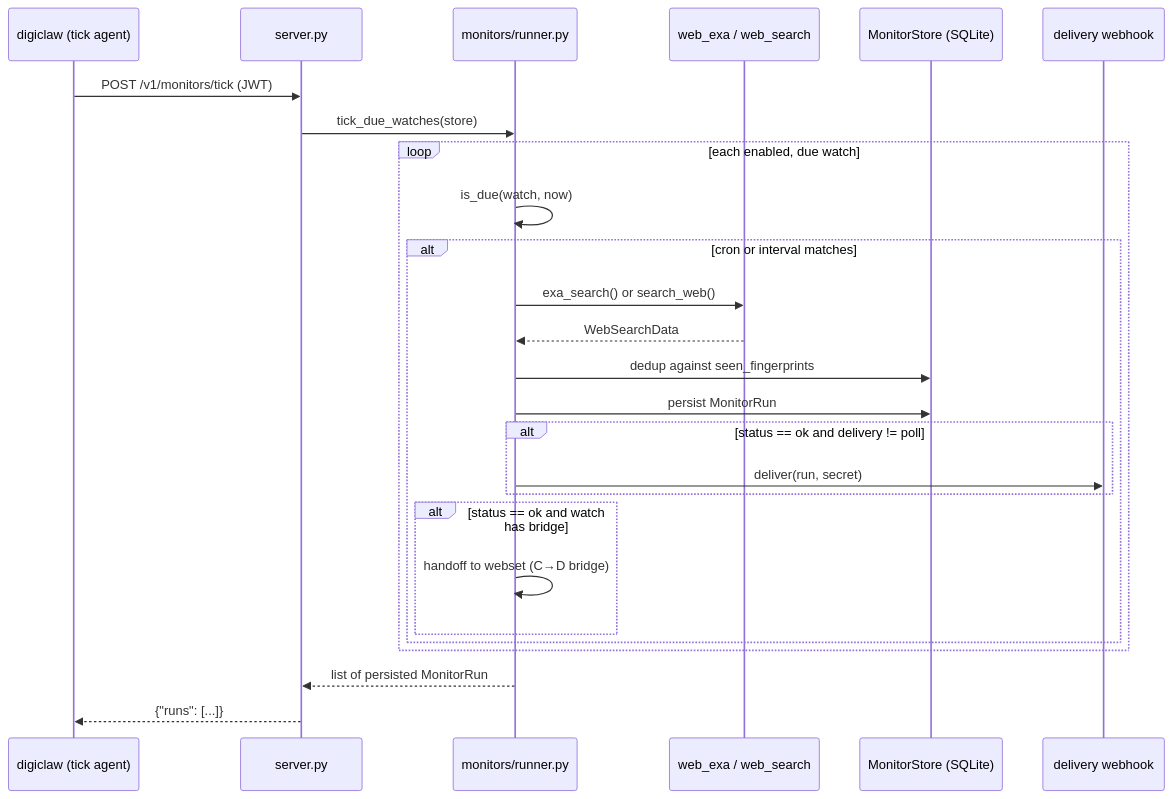
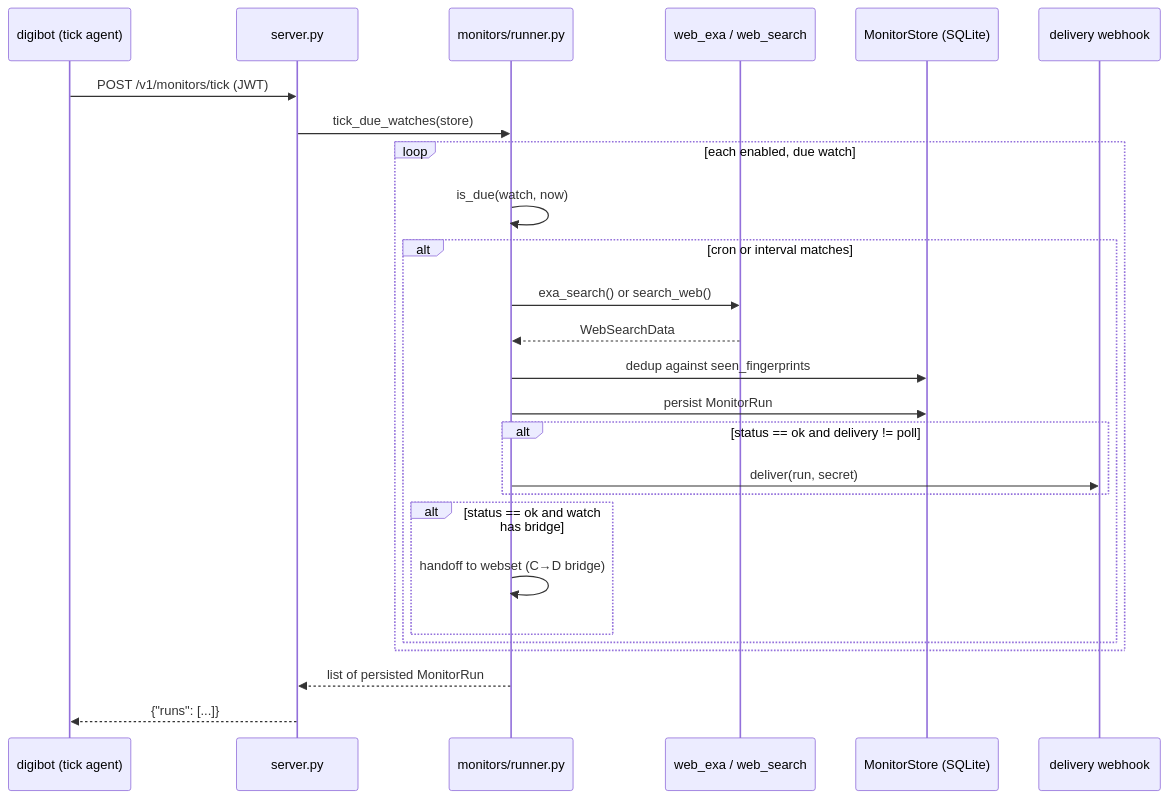
Before and after one commit to digithings-ai/digithings: the second of 2 diagrams in openwiki/digisearch/query-and-operations.md, drawn with Mermaid. The commit also changed other lines of this file and 235 other files, not shown here.

Commit message:
chore(digibot): rename digiclaw to digibot and park it; add parked-modules convention

````diff
--- a/openwiki/digisearch/query-and-operations.md
+++ b/openwiki/digisearch/query-and-operations.md
@@ -208,29 +208,29 @@
 ```mermaid
 sequenceDiagram
-    participant Scheduler as digiclaw (tick agent)
+    participant Scheduler as digibot (tick agent)
     participant HTTP as server.py
     participant Runner as monitors/runner.py
     participant Recall as web_exa / web_search
     participant Store as MonitorStore (SQLite)
     participant Delivery as delivery webhook
 
     Scheduler->>HTTP: POST /v1/monitors/tick (JWT)
     HTTP->>Runner: tick_due_watches(store)
     loop each enabled, due watch
         Runner->>Runner: is_due(watch, now)
         alt cron or interval matches
             Runner->>Recall: exa_search() or search_web()
             Recall-->>Runner: WebSearchData
             Runner->>Store: dedup against seen_fingerprints
             Runner->>Store: persist MonitorRun
             alt status == ok and delivery != poll
                 Runner->>Delivery: deliver(run, secret)
             end
             alt status == ok and watch has bridge
                 Runner->>Runner: handoff to webset (C→D bridge)
             end
         end
     end
     Runner-->>HTTP: list of persisted MonitorRun
     HTTP-->>Scheduler: {"runs": [...]}
 ```
````
